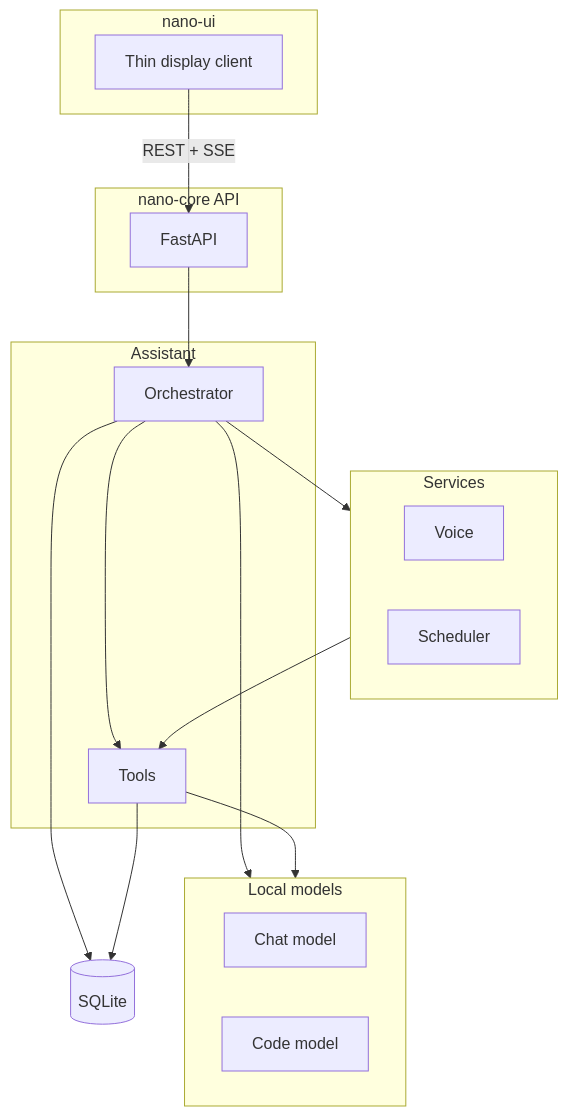
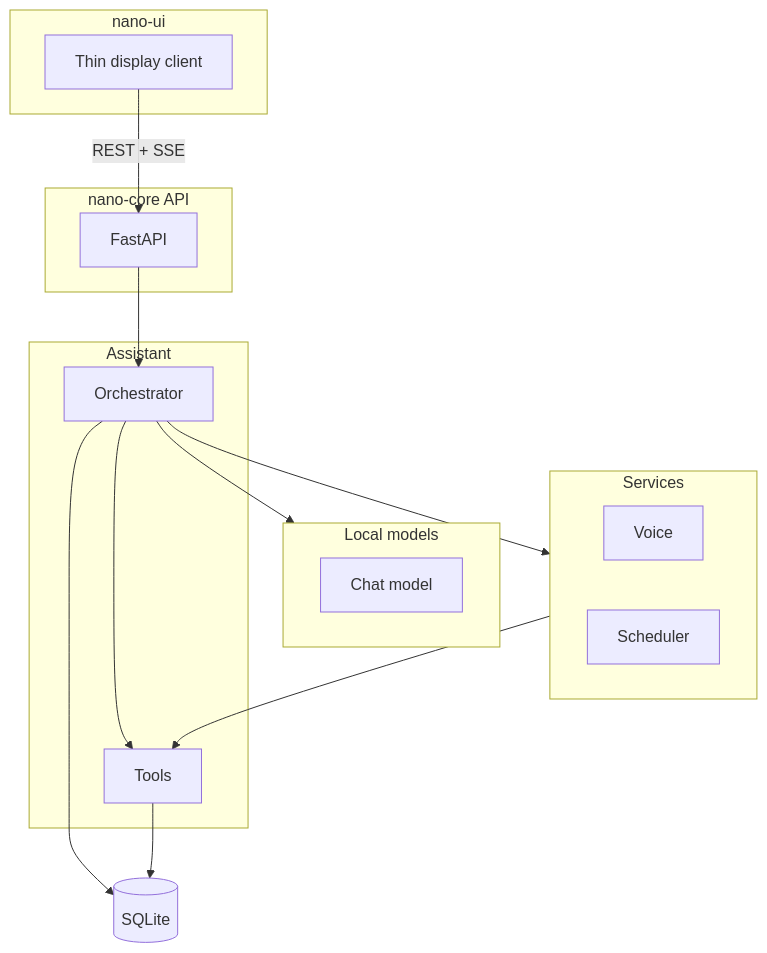
The second of 2 diagrams in docs/README.md (JoniMustaniemi/nano-core), drawn with Mermaid before and after one commit. The commit also changed other lines of this file and 75 other files, not shown here.

````diff
--- a/docs/README.md
+++ b/docs/README.md
@@ -221,38 +225,36 @@
 ```mermaid
 flowchart TB
     subgraph client [nano-ui]
         WebUI[Thin display client]
     end
 
     subgraph api [nano-core API]
         FastAPI
     end
 
     subgraph assistant [Assistant]
         Orchestrator
         Tools
     end
 
     subgraph models [Local models]
         direction LR
         ChatModel[Chat model]
-        CodeModel[Code model]
     end
 
     subgraph services [Services]
         direction LR
         Voice
         Scheduler
     end
 
     SQLite[(SQLite)]
 
     WebUI -->|REST + SSE| FastAPI --> Orchestrator
     Orchestrator --> ChatModel
     Orchestrator --> Tools
     Orchestrator --> Voice
-    Tools --> CodeModel
     Orchestrator --> SQLite
     Tools --> SQLite
     Scheduler --> Tools
 ```
````
